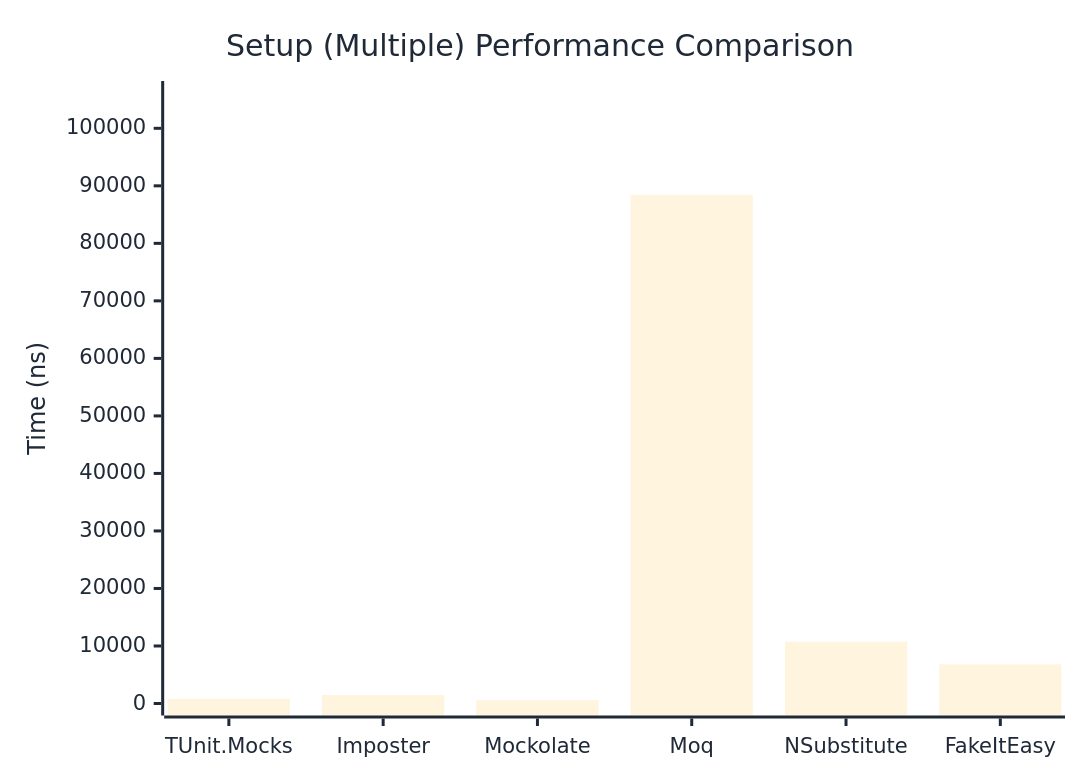
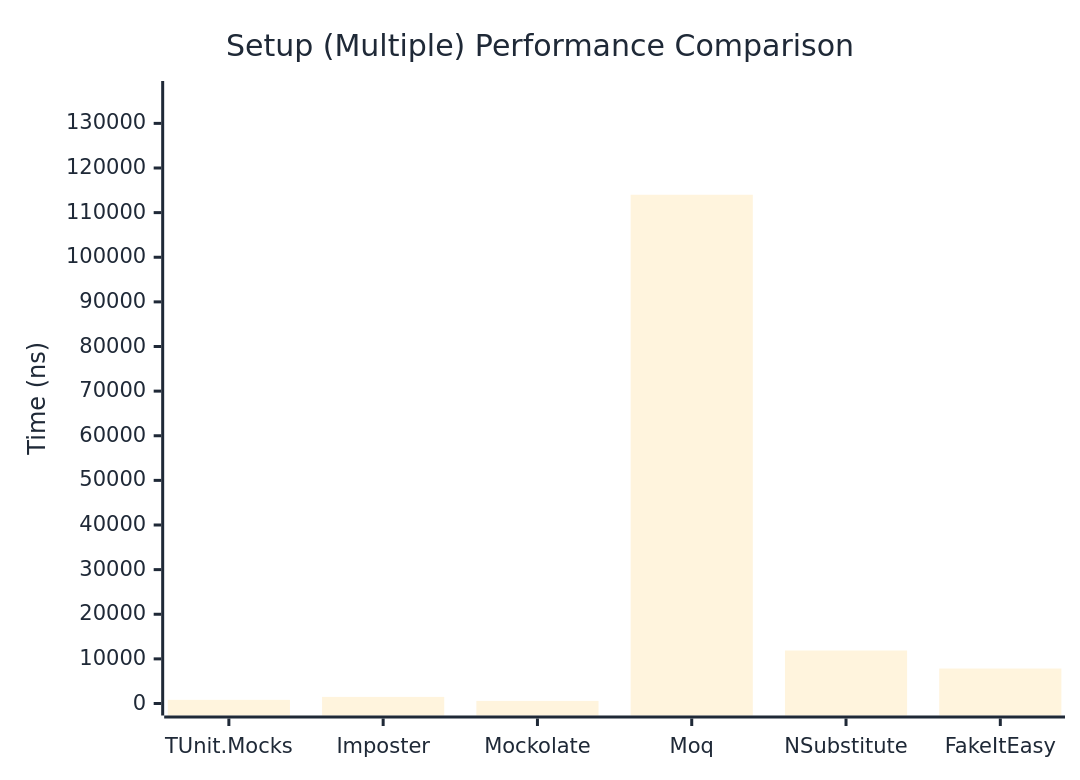
The second of 2 diagrams in docs/docs/benchmarks/mocks/Setup.md (thomhurst/TUnit), drawn with Mermaid before and after one commit. The commit also changed other lines of this file and 14 other files, not shown here.

````diff
--- a/docs/docs/benchmarks/mocks/Setup.md
+++ b/docs/docs/benchmarks/mocks/Setup.md
@@ -71,27 +71,27 @@
 ```mermaid
 %%{init: {
   'theme':'base',
   'themeVariables': {
     'primaryColor': '#2563eb',
     'primaryTextColor': '#1f2937',
     'primaryBorderColor': '#1e40af',
     'lineColor': '#6b7280',
     'secondaryColor': '#7c3aed',
     'tertiaryColor': '#dc2626',
     'background': '#ffffff',
     'pie1': '#2563eb',
     'pie2': '#7c3aed',
     'pie3': '#dc2626',
     'pie4': '#f59e0b',
     'pie5': '#10b981',
     'pie6': '#06b6d4',
     'pie7': '#ec4899',
     'pie8': '#6366f1'
   }
 }}%%
 xychart-beta
   title "Setup (Multiple) Performance Comparison"
   x-axis ["TUnit.Mocks", "Imposter", "Mockolate", "Moq", "NSubstitute", "FakeItEasy"]
-  y-axis "Time (ns)" 0 --> 106139
-  bar [798.2, 1469.5, 580.4, 88448.7, 10730, 6810.8]
+  y-axis "Time (ns)" 0 --> 136807
+  bar [815.5, 1479.5, 581.4, 114005.4, 11875.4, 7836.1]
 ```
````
